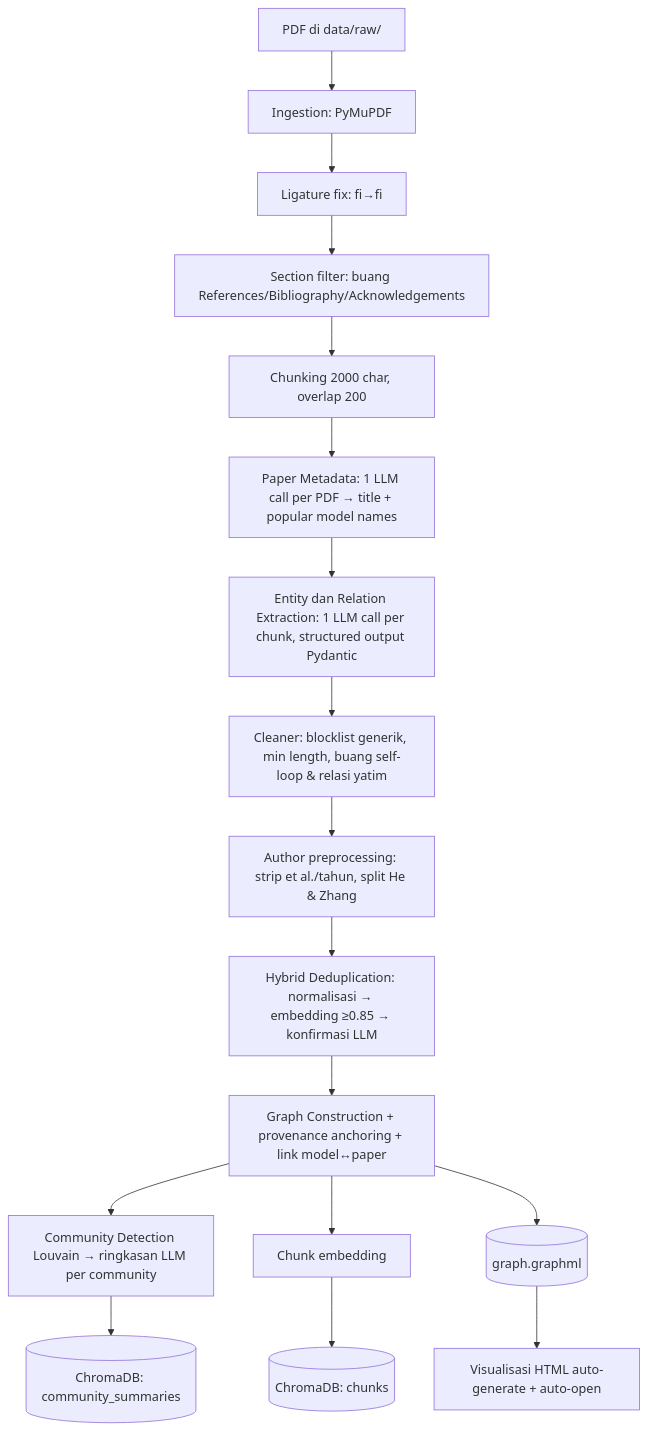
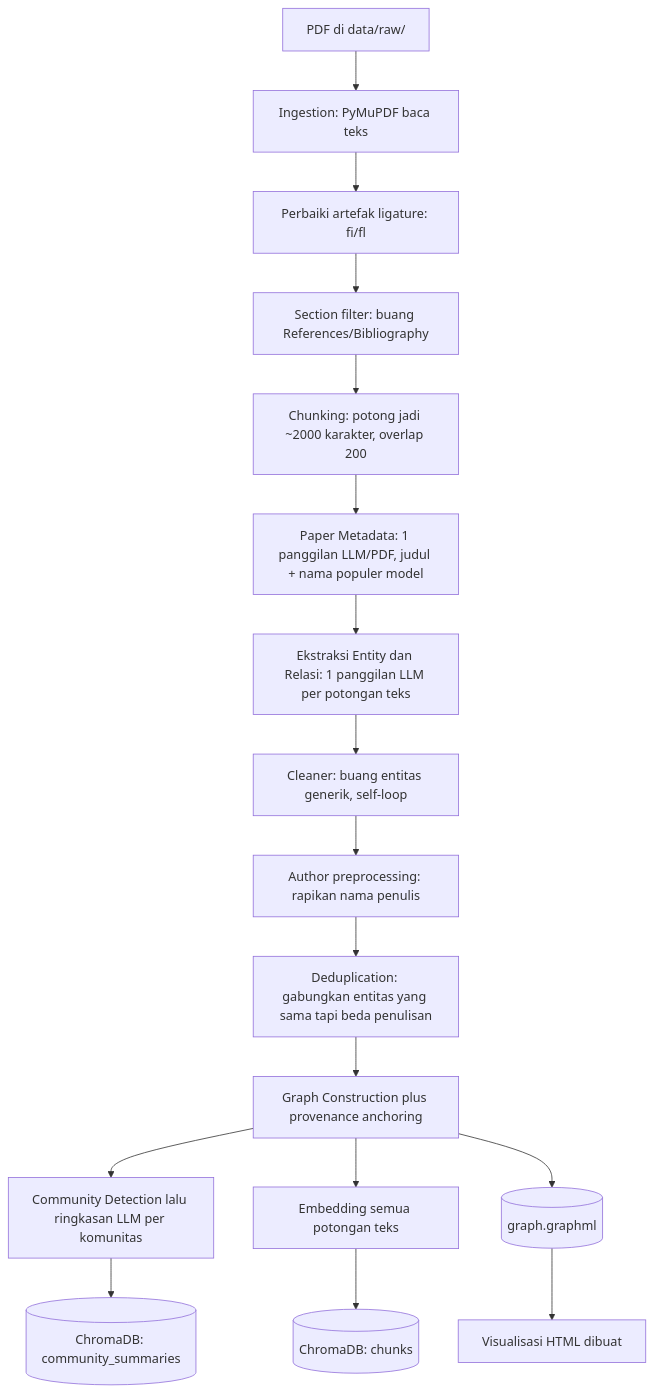
One commit to Adiieeee/PaperVisualizerV2.0 changed the first of 2 diagrams in LAPORAN_PROJECT.md. Above: the diagram before and after it, drawn with Mermaid. The commit also changed other lines of this file and 16 other files, not shown here.

````diff
--- a/LAPORAN_PROJECT.md
+++ b/LAPORAN_PROJECT.md
@@ -103,19 +160,19 @@
 ```mermaid
 flowchart TD
-    A[PDF di data/raw/] --> B[Ingestion: PyMuPDF]
-    B --> B1[Ligature fix: ﬁ→fi]
-    B1 --> B2[Section filter: buang References/Bibliography/Acknowledgements]
-    B2 --> C[Chunking 2000 char, overlap 200]
-    C --> D[Paper Metadata: 1 LLM call per PDF → title + popular model names]
-    D --> E[Entity dan Relation Extraction: 1 LLM call per chunk, structured output Pydantic]
-    E --> F[Cleaner: blocklist generik, min length, buang self-loop & relasi yatim]
-    F --> G[Author preprocessing: strip et al./tahun, split He & Zhang]
-    G --> H[Hybrid Deduplication: normalisasi → embedding ≥0.85 → konfirmasi LLM]
-    H --> I[Graph Construction + provenance anchoring + link model↔paper]
-    I --> J[Community Detection Louvain → ringkasan LLM per community]
-    I --> K[Chunk embedding]
+    A[PDF di data/raw/] --> B[Ingestion: PyMuPDF baca teks]
+    B --> B1[Perbaiki artefak ligature: fi/fl]
+    B1 --> B2[Section filter: buang References/Bibliography]
+    B2 --> C[Chunking: potong jadi ~2000 karakter, overlap 200]
+    C --> D[Paper Metadata: 1 panggilan LLM/PDF, judul + nama populer model]
+    D --> E[Ekstraksi Entity dan Relasi: 1 panggilan LLM per potongan teks]
+    E --> F[Cleaner: buang entitas generik, self-loop]
+    F --> G[Author preprocessing: rapikan nama penulis]
+    G --> H[Deduplication: gabungkan entitas yang sama tapi beda penulisan]
+    H --> I[Graph Construction plus provenance anchoring]
+    I --> J[Community Detection lalu ringkasan LLM per komunitas]
+    I --> K[Embedding semua potongan teks]
     J --> L[(ChromaDB: community_summaries)]
     K --> M[(ChromaDB: chunks)]
     I --> N[(graph.graphml)]
-    N --> O[Visualisasi HTML auto-generate + auto-open]
+    N --> O[Visualisasi HTML dibuat]
 ```
````
